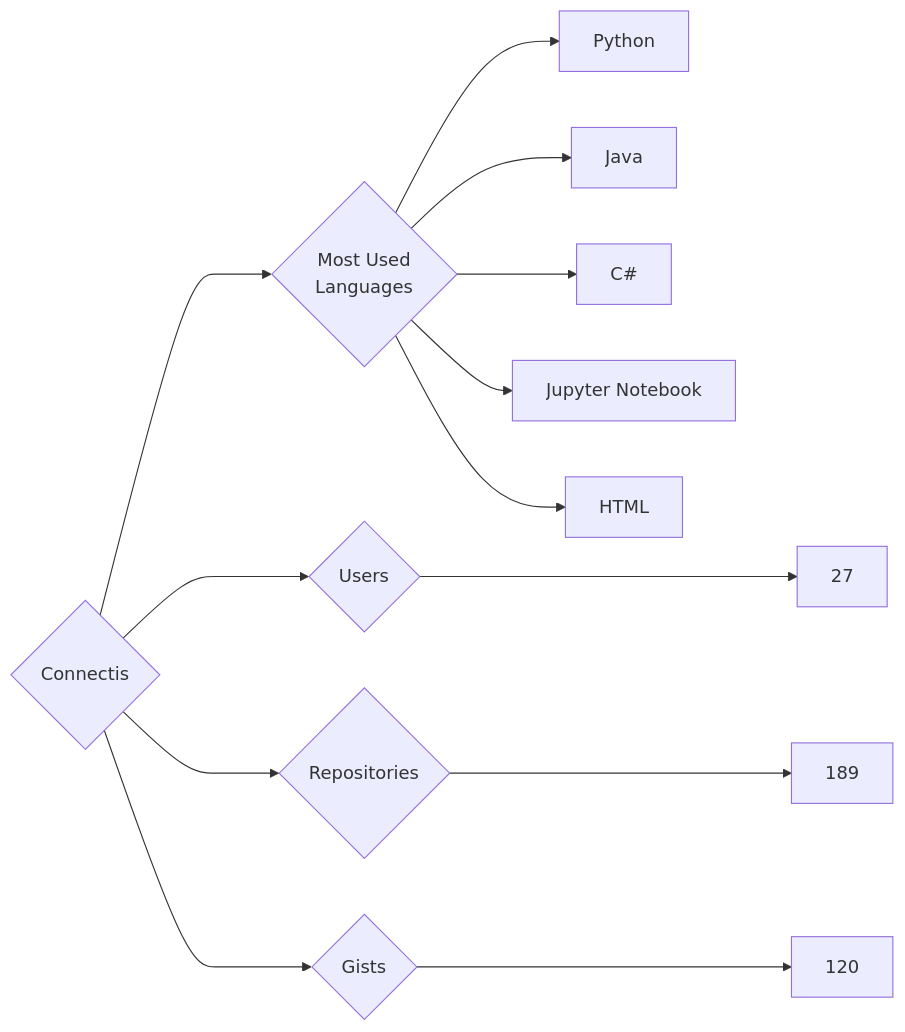
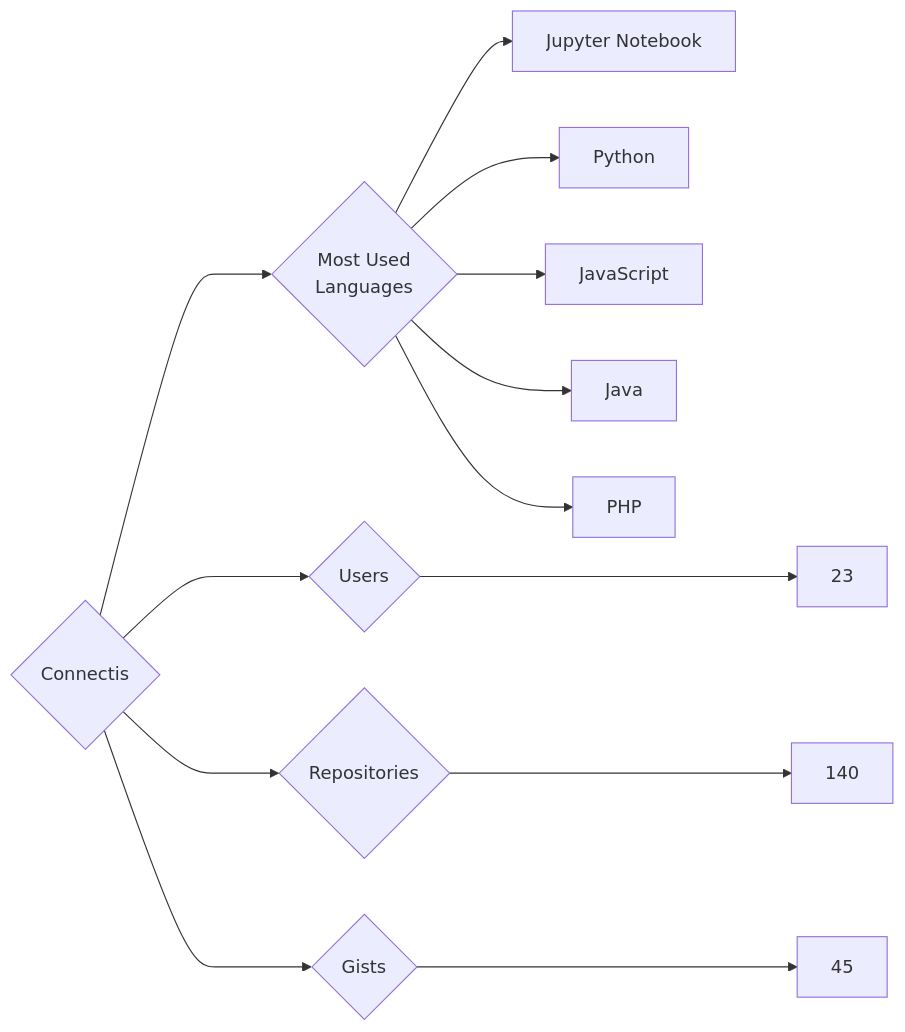
One commit to trickest/insiders changed the diagram in targets/Connectis/README.md. Above: the diagram before and after it, drawn with Mermaid. The commit also changed 935 other files, not shown here.

````diff
--- a/targets/Connectis/README.md
+++ b/targets/Connectis/README.md
@@ -3,13 +3,13 @@
 ```mermaid
 graph LR
 COMPANY_NAME{Connectis}
-COMPANY_NAME ---> U{Users} ---> UN[27]
-COMPANY_NAME ---> R{Repositories} ---> RN[189]
-COMPANY_NAME ---> G{Gists} ---> GN[120]
+COMPANY_NAME ---> U{Users} ---> UN[23]
+COMPANY_NAME ---> R{Repositories} ---> RN[140]
+COMPANY_NAME ---> G{Gists} ---> GN[45]
 COMPANY_NAME ---> ML{Most Used<br>Languages}
+ML --> Jupyter_Notebook[Jupyter Notebook]
 ML --> Python[Python]
+ML --> JavaScript[JavaScript]
 ML --> Java[Java]
-ML --> C#[C#]
-ML --> Jupyter_Notebook[Jupyter Notebook]
-ML --> HTML[HTML]
+ML --> PHP[PHP]
 ```
````
